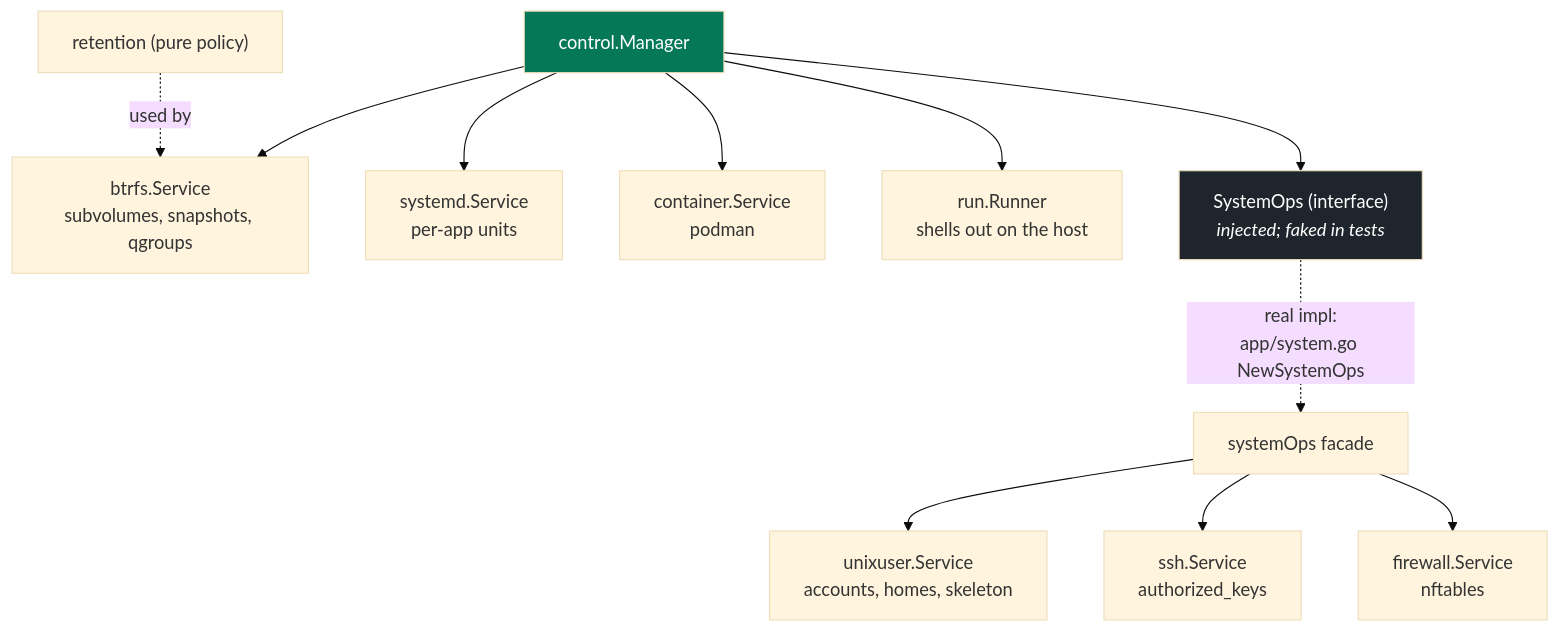
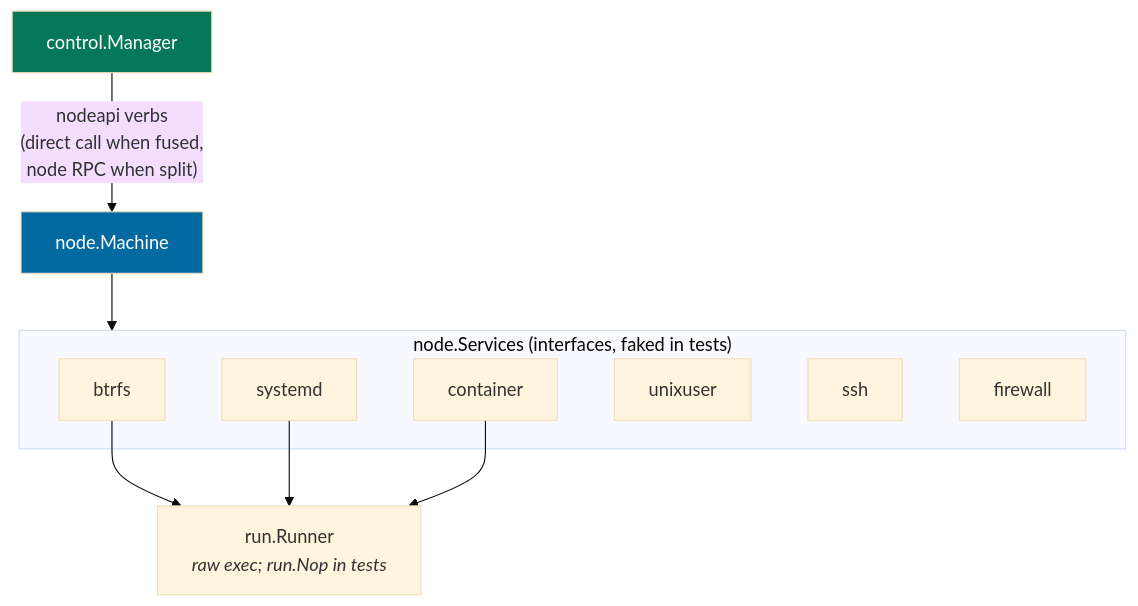
Before and after one commit to binwiederhier/hostit: the diagram in docs/architecture/code-map.md, drawn with Mermaid (base theme). The commit also changed other lines of this file and 2 other files, not shown here.

Commit message:
docs: finish the SystemOps -> node.Services rewrite in code-map and lifecycle

````diff
--- a/docs/architecture/code-map.md
+++ b/docs/architecture/code-map.md
@@ -43,19 +43,21 @@
 ```mermaid
 flowchart TB
     mgr["control.Manager"]
-    mgr --> btrfs["btrfs.Service<br/>subvolumes, snapshots, qgroups"]
-    mgr --> systemd["systemd.Service<br/>per-app units"]
-    mgr --> container["container.Service<br/>podman"]
-    mgr --> runner["run.Runner<br/>shells out on the host"]
-    mgr --> ops["SystemOps (interface)<br/><i>injected; faked in tests</i>"]
-
-    ops -.->|"real impl:<br/>app/system.go NewSystemOps"| sysops["systemOps facade"]
-    sysops --> unixuser["unixuser.Service<br/>accounts, homes, skeleton"]
-    sysops --> ssh["ssh.Service<br/>authorized_keys"]
-    sysops --> firewall["firewall.Service<br/>nftables"]
-
-    retention["retention (pure policy)"] -.->|"used by"| btrfs
-
+    machine["node.Machine"]
+    subgraph svc["node.Services (interfaces, faked in tests)"]
+        btrfs
+        systemd
+        container
+        unixuser
+        sshp["ssh"]
+        firewall
+    end
+    runner["run.Runner<br/><i>raw exec; run.Nop in tests</i>"]
+    mgr -->|"nodeapi verbs<br/>(direct call when fused,<br/>node RPC when split)"| machine
+    machine --> svc
+    btrfs --> runner
+    systemd --> runner
+    container --> runner
     style mgr fill:#047857,color:#fff
-    style ops fill:#1f252d,color:#fff
+    style machine fill:#0369a1,color:#fff
 ```
````
